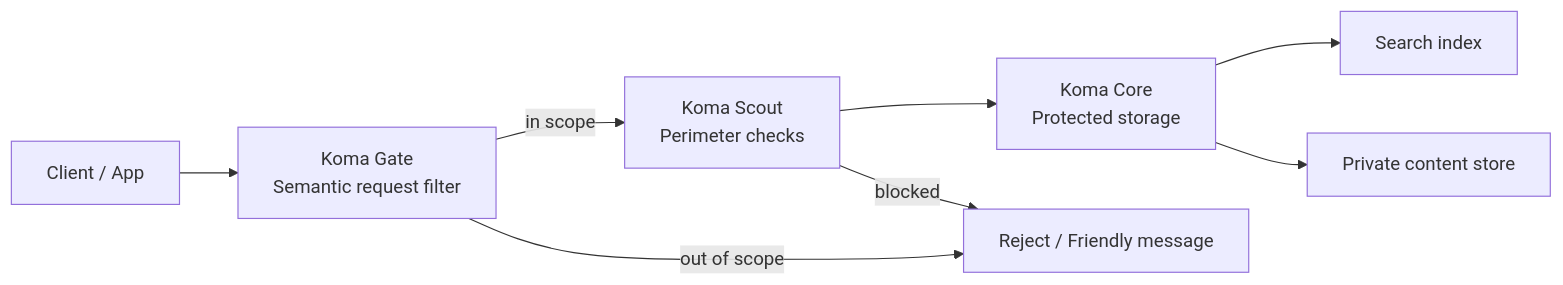
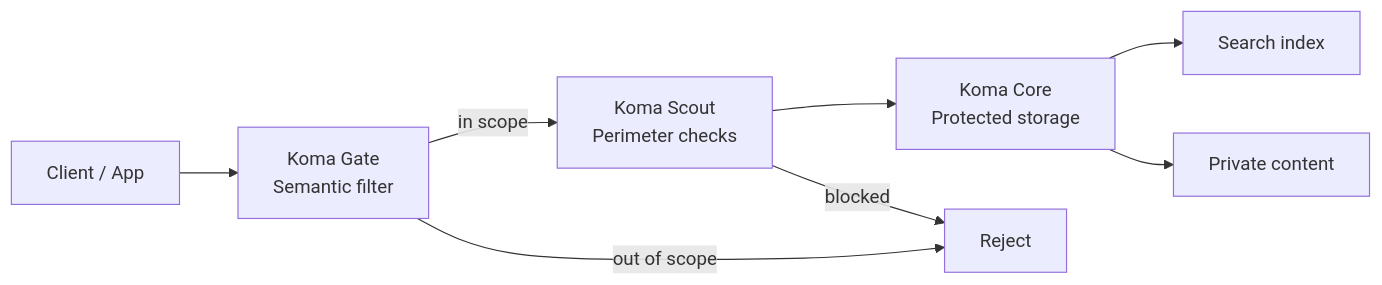
One commit to swnotmetal/Project-Koma changed the diagram in README.md. Above: the diagram before and after it, drawn with Mermaid. The commit also changed other lines of this file, not shown here.

````diff
--- a/README.md
+++ b/README.md
@@ -124,10 +106,10 @@
 ```mermaid
 flowchart LR
-  A[Client / App] --> B[Koma Gate\nSemantic request filter]
+  A[Client / App] --> B[Koma Gate\nSemantic filter]
   B -->|in scope| C[Koma Scout\nPerimeter checks]
   C --> D[Koma Core\nProtected storage]
-  B -->|out of scope| E[Reject / Friendly message]
+  B -->|out of scope| E[Reject]
   C -->|blocked| E
   D --> F[Search index]
-  D --> G[Private content store]
+  D --> G[Private content]
 ```
````
